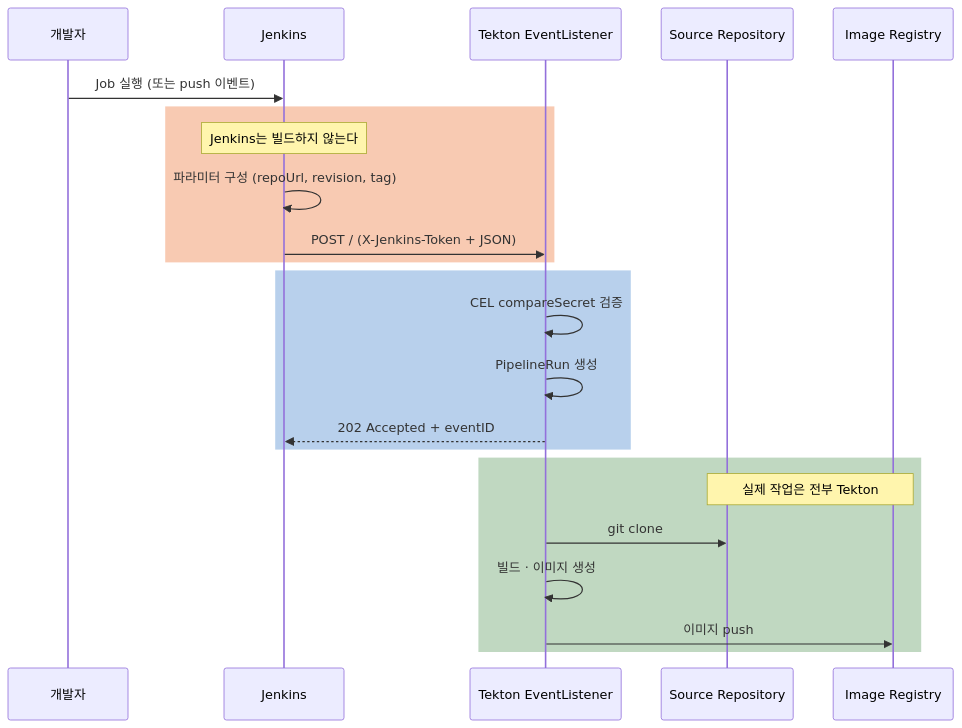
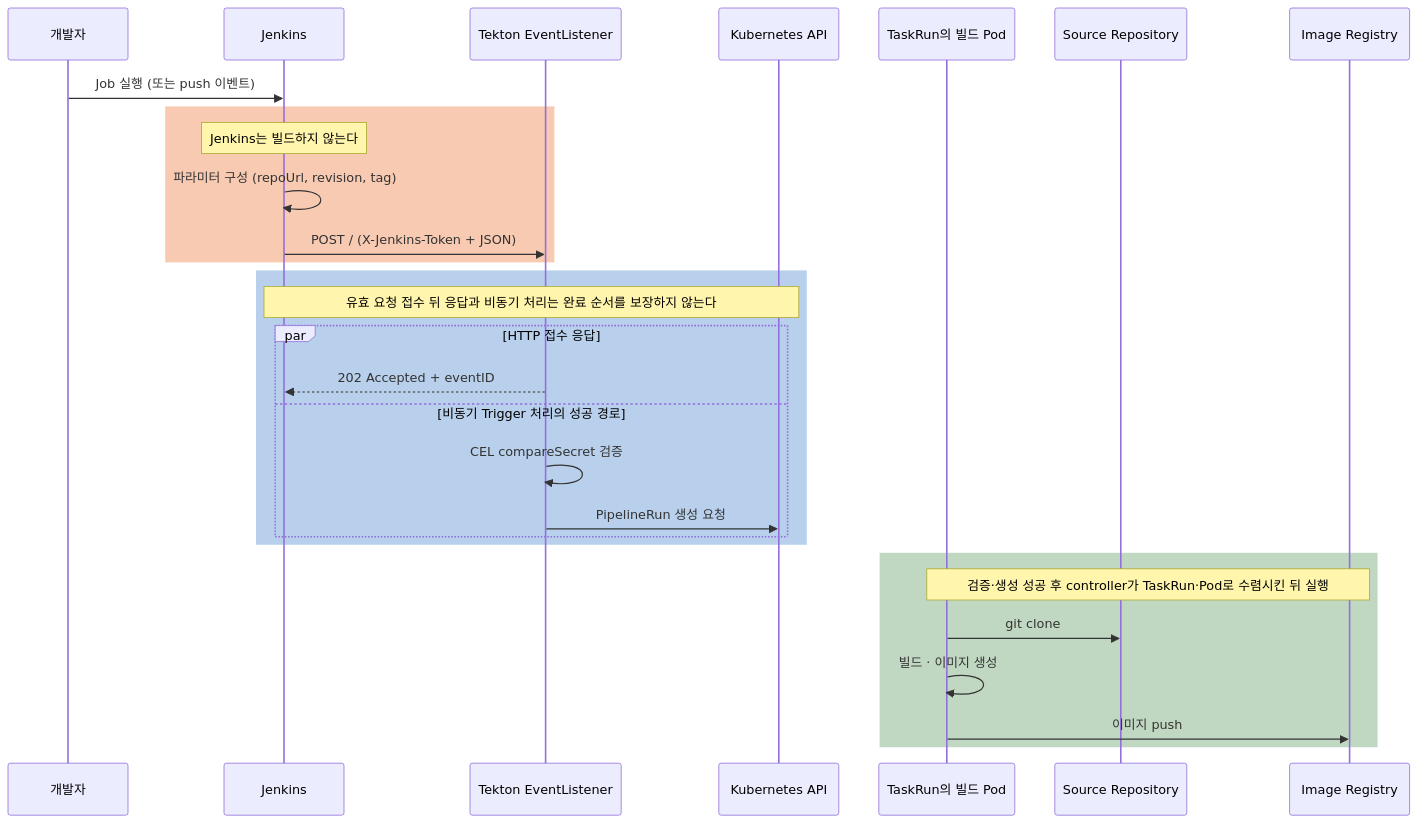
One commit to sskim91/TIL changed the third of 3 diagrams in kubernetes/Jenkins-Job에서-Tekton-EventListener로-webhook을-쏠-수-있을까.md. Above: the diagram before and after it, drawn with Mermaid. The commit also changed other lines of this file and 39 other files, not shown here.

````diff
--- a/kubernetes/Jenkins-Job에서-Tekton-EventListener로-webhook을-쏠-수-있을까.md
+++ b/kubernetes/Jenkins-Job에서-Tekton-EventListener로-webhook을-쏠-수-있을까.md
@@ -392,26 +398,32 @@
 ```mermaid
 sequenceDiagram
     participant D as 개발자
     participant J as Jenkins
     participant EL as Tekton EventListener
+    participant API as Kubernetes API
+    participant P as TaskRun의 빌드 Pod
     participant G as Source Repository
     participant R as Image Registry
 
     D->>J: Job 실행 (또는 push 이벤트)
     rect rgba(230, 81, 0, 0.3)
         Note over J: Jenkins는 빌드하지 않는다
         J->>J: 파라미터 구성 (repoUrl, revision, tag)
         J->>EL: POST / (X-Jenkins-Token + JSON)
     end
     rect rgba(21, 101, 192, 0.3)
-        EL->>EL: CEL compareSecret 검증
-        EL->>EL: PipelineRun 생성
-        EL-->>J: 202 Accepted + eventID
+        Note over J,API: 유효 요청 접수 뒤 응답과 비동기 처리는 완료 순서를 보장하지 않는다
+        par HTTP 접수 응답
+            EL-->>J: 202 Accepted + eventID
+        and 비동기 Trigger 처리의 성공 경로
+            EL->>EL: CEL compareSecret 검증
+            EL->>API: PipelineRun 생성 요청
+        end
     end
     rect rgba(46, 125, 50, 0.3)
-        Note over G,R: 실제 작업은 전부 Tekton
-        EL->>G: git clone
-        EL->>EL: 빌드 · 이미지 생성
-        EL->>R: 이미지 push
+        Note over P,R: 검증·생성 성공 후 controller가 TaskRun·Pod로 수렴시킨 뒤 실행
+        P->>G: git clone
+        P->>P: 빌드 · 이미지 생성
+        P->>R: 이미지 push
     end
 ```
````
